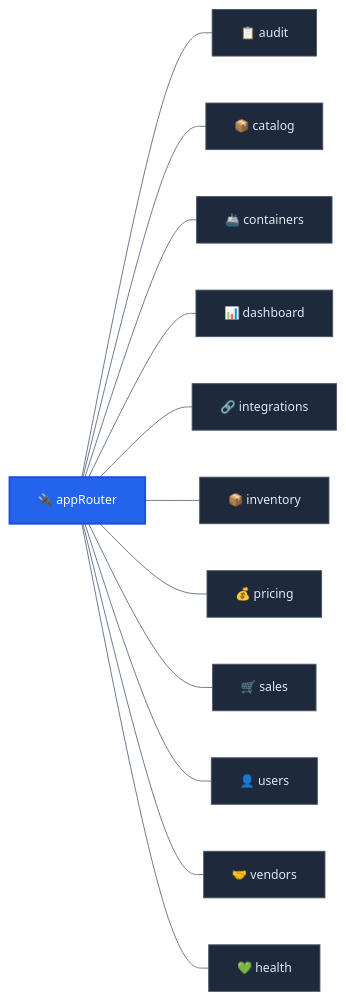
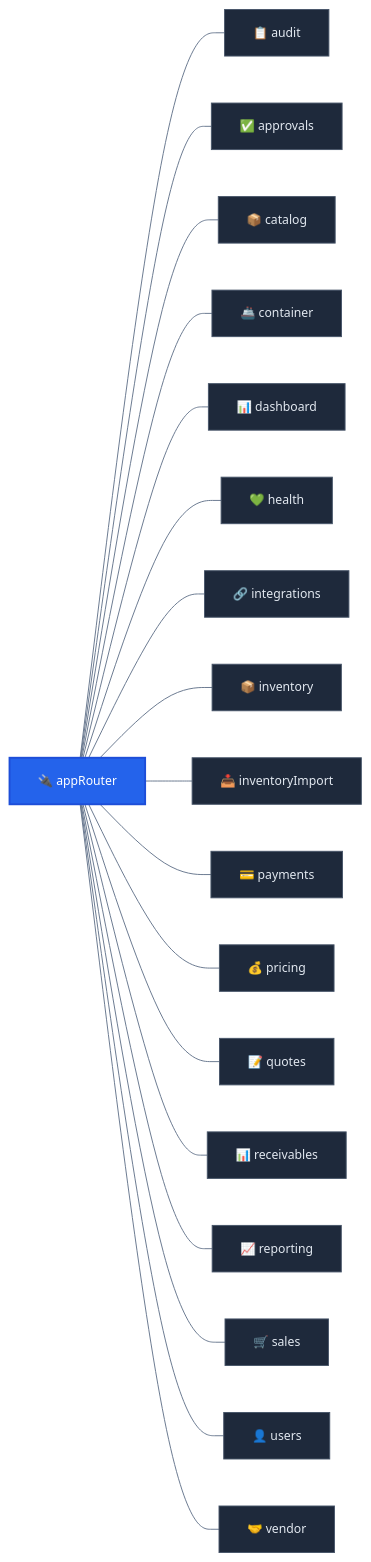
Before and after one commit to jesusjosezapata99-jpg/Cendaro: the third of 9 diagrams in README.md, drawn with Mermaid. The commit also changed other lines of this file and 9 other files, not shown here.

Commit message:
feat: Implement inventory import wizard including mode selection, validation, and catalog previews.

````diff
--- a/README.md
+++ b/README.md
@@ -244,21 +245,27 @@
 ```mermaid
 %%{init: {'theme': 'base', 'themeVariables': {'primaryColor': '#1e293b', 'primaryTextColor': '#e2e8f0', 'primaryBorderColor': '#475569', 'lineColor': '#64748b', 'fontSize': '13px'}}}%%
 
 graph LR
   classDef router fill:#1e293b,stroke:#475569,color:#e2e8f0,stroke-width:1px
   classDef core fill:#2463eb,stroke:#1d4ed8,color:#fff,stroke-width:2px
 
   ROOT["🔌 appRouter"]:::core
 
   ROOT --- A["📋 audit"]:::router
-  ROOT --- B["📦 catalog"]:::router
-  ROOT --- C["🚢 containers"]:::router
-  ROOT --- D["📊 dashboard"]:::router
-  ROOT --- E["🔗 integrations"]:::router
-  ROOT --- F["📦 inventory"]:::router
-  ROOT --- G["💰 pricing"]:::router
-  ROOT --- H["🛒 sales"]:::router
-  ROOT --- I["👤 users"]:::router
-  ROOT --- J["🤝 vendors"]:::router
-  ROOT --- K["💚 health"]:::router
+  ROOT --- B["✅ approvals"]:::router
+  ROOT --- C["📦 catalog"]:::router
+  ROOT --- D["🚢 container"]:::router
+  ROOT --- E["📊 dashboard"]:::router
+  ROOT --- F["💚 health"]:::router
+  ROOT --- G["🔗 integrations"]:::router
+  ROOT --- H["📦 inventory"]:::router
+  ROOT --- I["📥 inventoryImport"]:::router
+  ROOT --- J["💳 payments"]:::router
+  ROOT --- K["💰 pricing"]:::router
+  ROOT --- L["📝 quotes"]:::router
+  ROOT --- M["📊 receivables"]:::router
+  ROOT --- N["📈 reporting"]:::router
+  ROOT --- O["🛒 sales"]:::router
+  ROOT --- P["👤 users"]:::router
+  ROOT --- Q["🤝 vendor"]:::router
 ```
````
